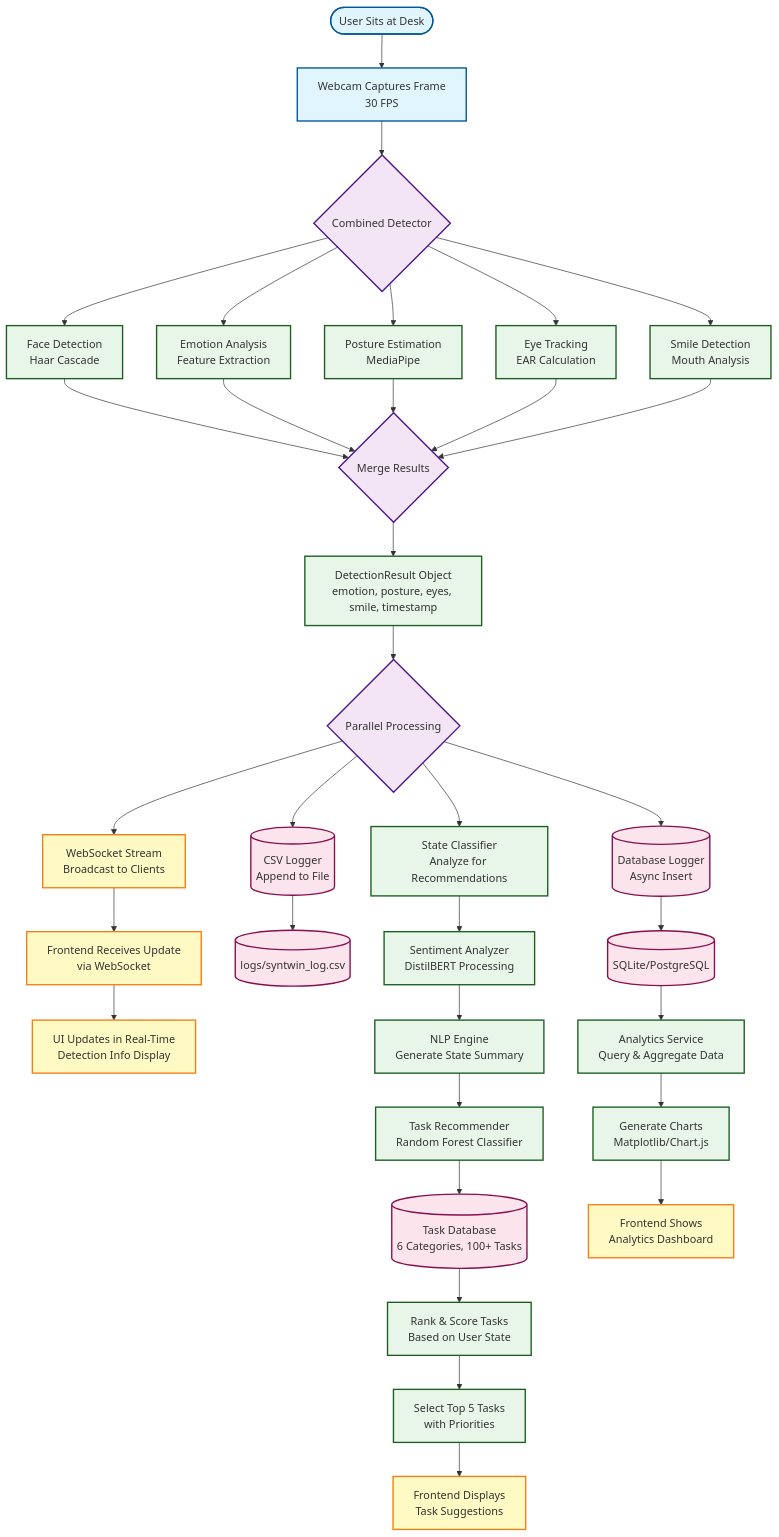
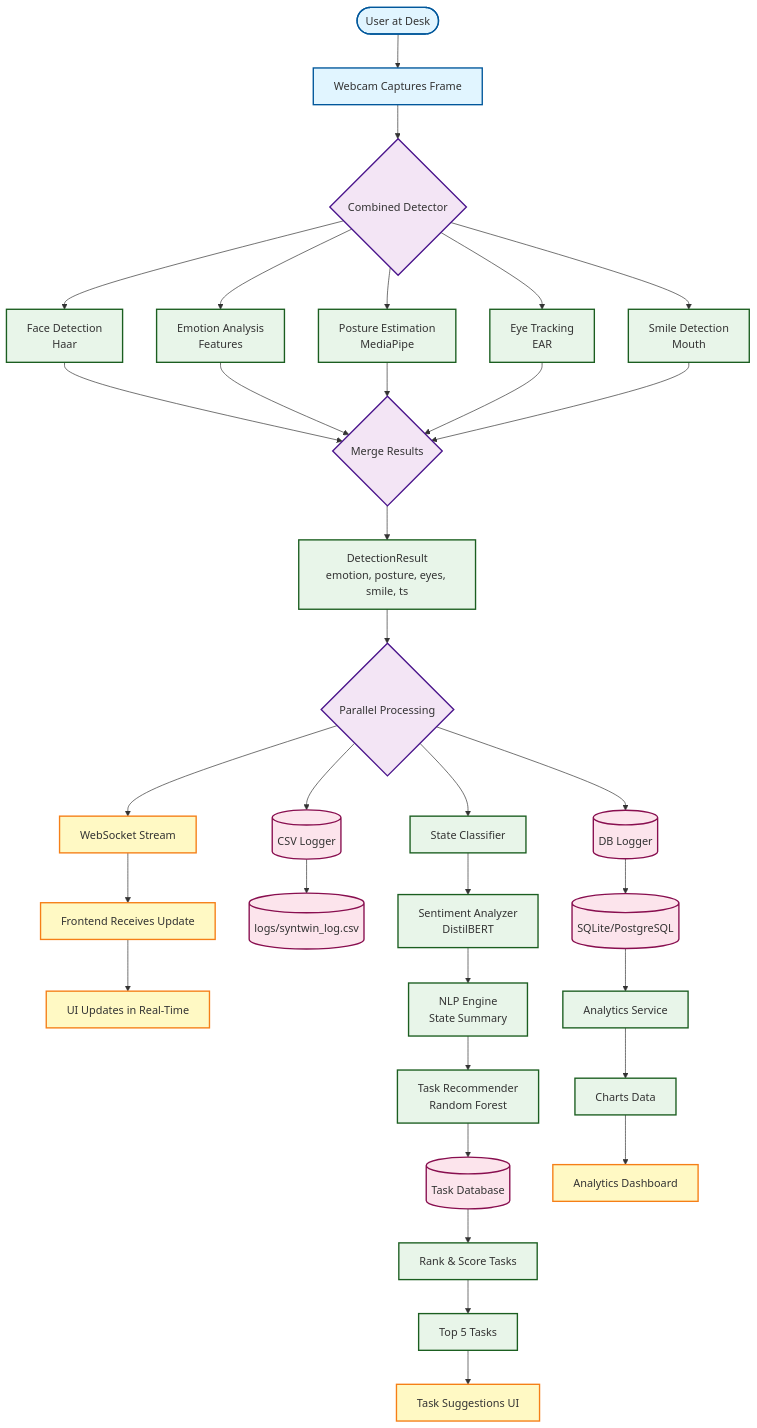
The fourth of 10 diagrams in SYSTEM_DIAGRAMS.md (Sam124-Scorpion/SynTwin), drawn with Mermaid before and after one commit. The commit also changed other lines of this file, not shown here.

Commit message:
newly just

````diff
--- a/SYSTEM_DIAGRAMS.md
+++ b/SYSTEM_DIAGRAMS.md
@@ -130,61 +170,56 @@
 ```mermaid
 flowchart TD
-    Start([User Sits at Desk]) --> Webcam[Webcam Captures Frame<br/>30 FPS]
-    
+    Start([User at Desk]) --> Webcam[Webcam Captures Frame]
     Webcam --> CombinedDet{Combined Detector}
-    
-    CombinedDet --> FaceDetect[Face Detection<br/>Haar Cascade]
-    CombinedDet --> EmotionAnalysis[Emotion Analysis<br/>Feature Extraction]
+
+    CombinedDet --> FaceDetect[Face Detection<br/>Haar]
+    CombinedDet --> EmotionAnalysis[Emotion Analysis<br/>Features]
     CombinedDet --> PostureEst[Posture Estimation<br/>MediaPipe]
-    CombinedDet --> EyeTrack[Eye Tracking<br/>EAR Calculation]
-    CombinedDet --> SmileDetect[Smile Detection<br/>Mouth Analysis]
-    
+    CombinedDet --> EyeTrack[Eye Tracking<br/>EAR]
+    CombinedDet --> SmileDetect[Smile Detection<br/>Mouth]
+
     FaceDetect --> Merge{Merge Results}
     EmotionAnalysis --> Merge
     PostureEst --> Merge
     EyeTrack --> Merge
     SmileDetect --> Merge
-    
-    Merge --> DetectionResult[DetectionResult Object<br/>emotion, posture, eyes, smile, timestamp]
-    
+
+    Merge --> DetectionResult[DetectionResult<br/>emotion, posture, eyes, smile, ts]
     DetectionResult --> Parallel{Parallel Processing}
-    
-    Parallel --> DBLogger[(Database Logger<br/>Async Insert)]
-    Parallel --> CSVLogger[(CSV Logger<br/>Append to File)]
-    Parallel --> WSStream[WebSocket Stream<br/>Broadcast to Clients]
-    Parallel --> StateClass[State Classifier<br/>Analyze for Recommendations]
-    
+
+    Parallel --> DBLogger[(DB Logger)]
+    Parallel --> CSVLogger[(CSV Logger)]
+    Parallel --> WSStream[WebSocket Stream]
+    Parallel --> StateClass[State Classifier]
+
     DBLogger --> Storage1[(SQLite/PostgreSQL)]
     CSVLogger --> Storage2[(logs/syntwin_log.csv)]
-    
-    WSStream --> Frontend1[Frontend Receives Update<br/>via WebSocket]
-    Frontend1 --> UIUpdate1[UI Updates in Real-Time<br/>Detection Info Display]
-    
-    StateClass --> SentimentAnalyzer[Sentiment Analyzer<br/>DistilBERT Processing]
-    SentimentAnalyzer --> NLPEngine[NLP Engine<br/>Generate State Summary]
-    
-    NLPEngine --> TaskRec[Task Recommender<br/>Random Forest Classifier]
-    TaskRec --> TaskDB[(Task Database<br/>6 Categories, 100+ Tasks)]
-    
-    TaskDB --> RankTasks[Rank & Score Tasks<br/>Based on User State]
-    RankTasks --> TopTasks[Select Top 5 Tasks<br/>with Priorities]
-    
-    TopTasks --> Frontend2[Frontend Displays<br/>Task Suggestions]
-    
-    Storage1 --> Analytics[Analytics Service<br/>Query & Aggregate Data]
-    Analytics --> Charts[Generate Charts<br/>Matplotlib/Chart.js]
-    Charts --> Frontend3[Frontend Shows<br/>Analytics Dashboard]
-    
+
+    WSStream --> Frontend1[Frontend Receives Update]
+    Frontend1 --> UIUpdate1[UI Updates in Real-Time]
+
+    StateClass --> SentimentAnalyzer[Sentiment Analyzer<br/>DistilBERT]
+    SentimentAnalyzer --> NLPEngine[NLP Engine<br/>State Summary]
+    NLPEngine --> TaskRec[Task Recommender<br/>Random Forest]
+    TaskRec --> TaskDB[(Task Database)]
+    TaskDB --> RankTasks[Rank & Score Tasks]
+    RankTasks --> TopTasks[Top 5 Tasks]
+    TopTasks --> Frontend2[Task Suggestions UI]
+
+    Storage1 --> Analytics[Analytics Service]
+    Analytics --> Charts[Charts Data]
+    Charts --> Frontend3[Analytics Dashboard]
+
     %% Styling
     classDef input fill:#e1f5ff,stroke:#01579b,stroke-width:2px
     classDef process fill:#e8f5e9,stroke:#1b5e20,stroke-width:2px
     classDef storage fill:#fce4ec,stroke:#880e4f,stroke-width:2px
     classDef output fill:#fff9c4,stroke:#f57f17,stroke-width:2px
     classDef decision fill:#f3e5f5,stroke:#4a148c,stroke-width:2px
-    
+
     class Start,Webcam input
     class CombinedDet,Merge,Parallel decision
     class FaceDetect,EmotionAnalysis,PostureEst,EyeTrack,SmileDetect,DetectionResult,StateClass,SentimentAnalyzer,NLPEngine,TaskRec,RankTasks,TopTasks,Analytics,Charts process
     class DBLogger,CSVLogger,Storage1,Storage2,TaskDB storage
     class WSStream,Frontend1,UIUpdate1,Frontend2,Frontend3 output
 ```
````
